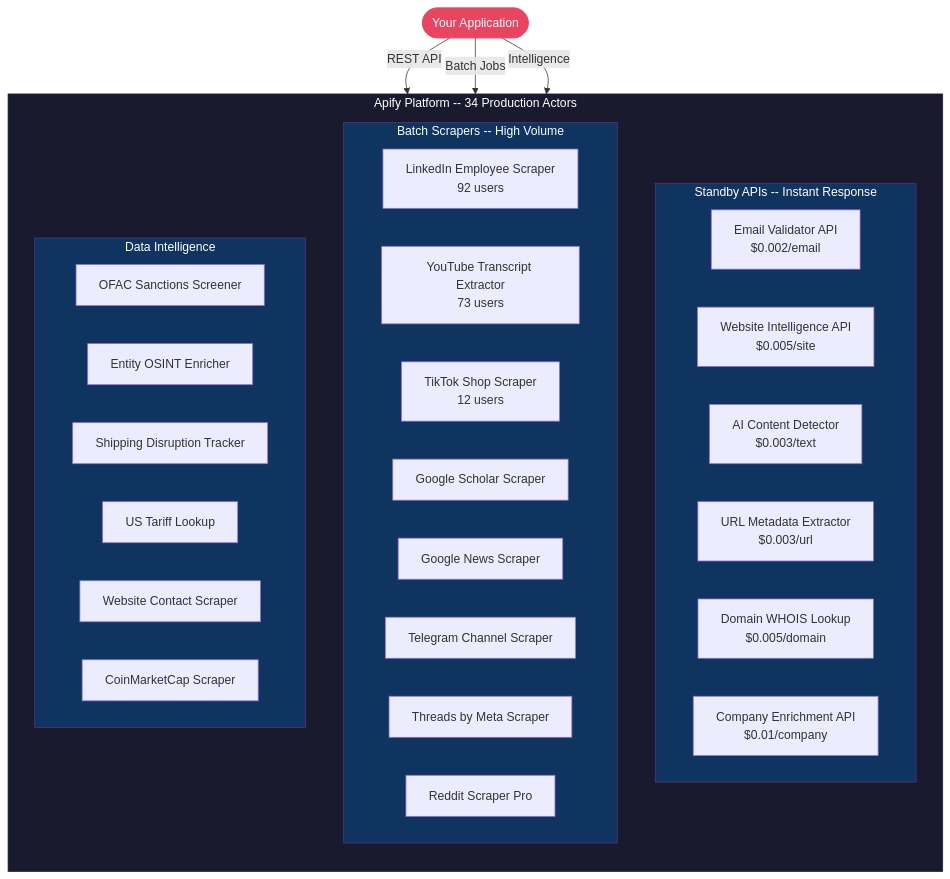
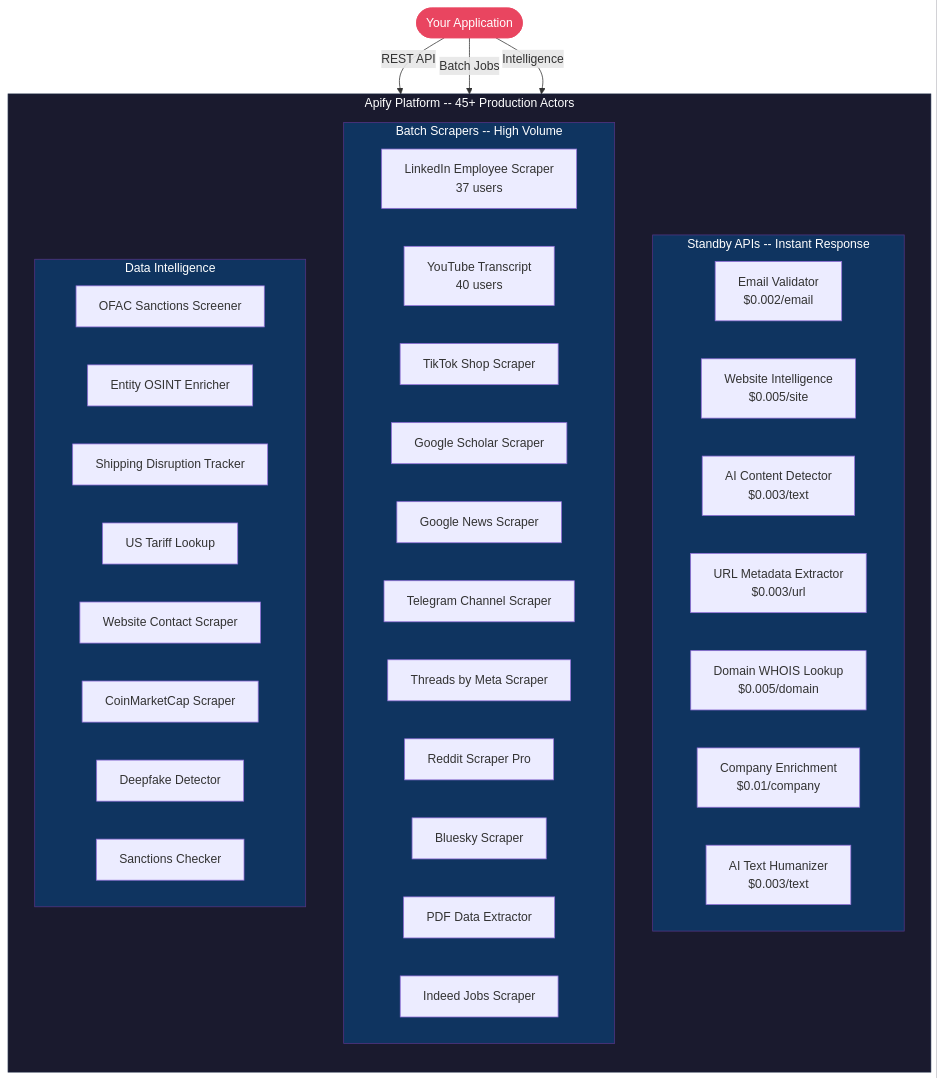
One commit to the-ai-entrepreneur-ai-hub/the-ai-entrepreneur-ai-hub changed the diagram in README.md. Above: the diagram before and after it, drawn with Mermaid. The commit also changed other lines of this file, not shown here.

Commit message:
Update profile with current stats: 45+ APIs, 500+ users, 10K+ runs

````diff
--- a/README.md
+++ b/README.md
@@ -25,45 +39,51 @@
 ```mermaid
 graph TB
-    subgraph PLATFORM["Apify Platform  --  34 Production Actors"]
+    subgraph PLATFORM["Apify Platform -- 45+ Production Actors"]
         direction TB
 
-        subgraph API["Standby APIs  --  Instant Response"]
-            E["Email Validator API<br/>$0.002/email"]
-            W["Website Intelligence API<br/>$0.005/site"]
+        subgraph API["Standby APIs -- Instant Response"]
+            E["Email Validator<br/>$0.002/email"]
+            W["Website Intelligence<br/>$0.005/site"]
             AI["AI Content Detector<br/>$0.003/text"]
             UM["URL Metadata Extractor<br/>$0.003/url"]
             WH["Domain WHOIS Lookup<br/>$0.005/domain"]
-            CE["Company Enrichment API<br/>$0.01/company"]
+            CE["Company Enrichment<br/>$0.01/company"]
+            HU["AI Text Humanizer<br/>$0.003/text"]
         end
 
-        subgraph SCRAPE["Batch Scrapers  --  High Volume"]
-            LI["LinkedIn Employee Scraper<br/>92 users"]
-            YT["YouTube Transcript Extractor<br/>73 users"]
-            TS["TikTok Shop Scraper<br/>12 users"]
+        subgraph SCRAPE["Batch Scrapers -- High Volume"]
+            LI["LinkedIn Employee Scraper<br/>37 users"]
+            YT["YouTube Transcript<br/>40 users"]
+            TS["TikTok Shop Scraper"]
             GS["Google Scholar Scraper"]
             GN["Google News Scraper"]
             TG["Telegram Channel Scraper"]
             TH["Threads by Meta Scraper"]
             RD["Reddit Scraper Pro"]
+            BL["Bluesky Scraper"]
+            PD["PDF Data Extractor"]
+            IN["Indeed Jobs Scraper"]
         end
 
         subgraph INTEL["Data Intelligence"]
             OF["OFAC Sanctions Screener"]
             OS["Entity OSINT Enricher"]
             SD["Shipping Disruption Tracker"]
             UT["US Tariff Lookup"]
             WC["Website Contact Scraper"]
             CM["CoinMarketCap Scraper"]
+            DF["Deepfake Detector"]
+            SA["Sanctions Checker"]
         end
     end
 
     CLIENT(["Your Application"]) -->|REST API| API
     CLIENT -->|Batch Jobs| SCRAPE
     CLIENT -->|Intelligence| INTEL
 
     style PLATFORM fill:#1a1a2e,stroke:#16213e,color:#fff
     style API fill:#0f3460,stroke:#533483,color:#fff
     style SCRAPE fill:#0f3460,stroke:#533483,color:#fff
     style INTEL fill:#0f3460,stroke:#533483,color:#fff
     style CLIENT fill:#e94560,stroke:#e94560,color:#fff
 ```
````
